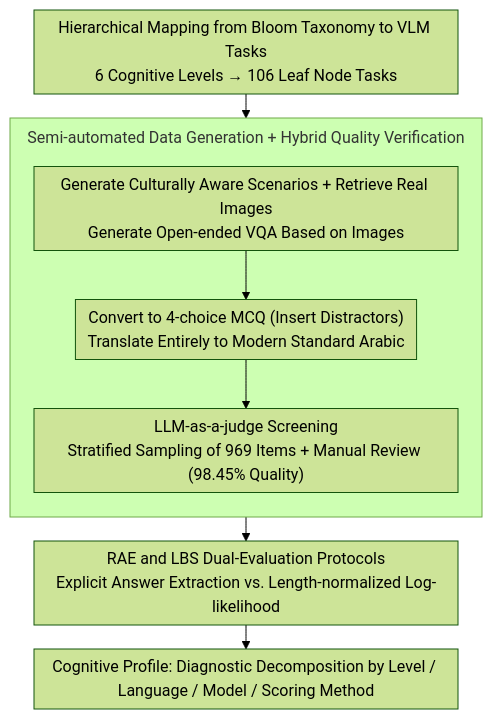
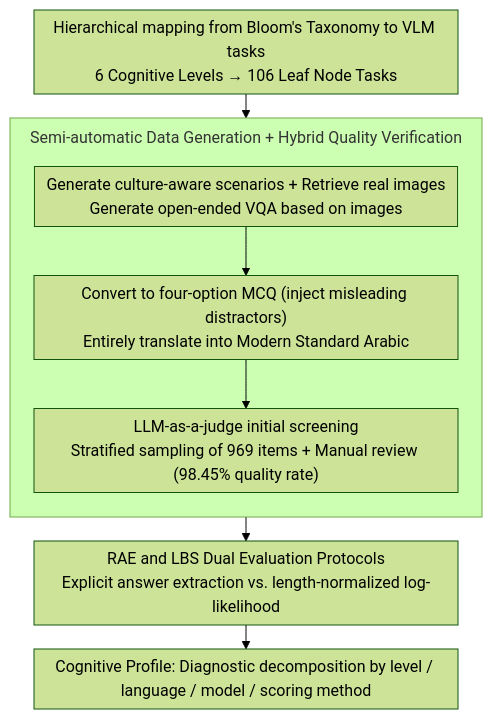
One commit to zhaoyang97/Paper-Notes-en changed the diagram in docs/ACL2026/multimodal_vlm/almieyar-oryx-bloombench_a_bilingual_multimodal_benchmark_for_cognitively_inform.md. Above: the diagram before and after it, drawn with Mermaid (forest theme). The commit also changed other lines of this file and 5084 other files, not shown here.

````diff
--- a/docs/ACL2026/multimodal_vlm/almieyar-oryx-bloombench_a_bilingual_multimodal_benchmark_for_cognitively_inform.md
+++ b/docs/ACL2026/multimodal_vlm/almieyar-oryx-bloombench_a_bilingual_multimodal_benchmark_for_cognitively_inform.md
@@ -45,15 +45,15 @@
 ```mermaid
 %%{init: {'flowchart': {'rankSpacing': 24, 'nodeSpacing': 28, 'padding': 6, 'wrappingWidth': 400, 'subGraphTitleMargin': {'top': 8, 'bottom': 16}}}}%%
 flowchart TD
-    A["Hierarchical Mapping from Bloom Taxonomy to VLM Tasks<br/>6 Cognitive Levels → 106 Leaf Node Tasks"]
-    subgraph GEN["Semi-automated Data Generation + Hybrid Quality Verification"]
+    A["Hierarchical mapping from Bloom's Taxonomy to VLM tasks<br/>6 Cognitive Levels → 106 Leaf Node Tasks"]
+    subgraph GEN["Semi-automatic Data Generation + Hybrid Quality Verification"]
         direction TB
-        B["Generate Culturally Aware Scenarios + Retrieve Real Images<br/>Generate Open-ended VQA Based on Images"]
-        C["Convert to 4-choice MCQ (Insert Distractors)<br/>Translate Entirely to Modern Standard Arabic"]
-        D["LLM-as-a-judge Screening<br/>Stratified Sampling of 969 Items + Manual Review (98.45% Quality)"]
+        B["Generate culture-aware scenarios + Retrieve real images<br/>Generate open-ended VQA based on images"]
+        C["Convert to four-option MCQ (inject misleading distractors)<br/>Entirely translate into Modern Standard Arabic"]
+        D["LLM-as-a-judge initial screening<br/>Stratified sampling of 969 items + Manual review (98.45% quality rate)"]
         B --> C --> D
     end
     A --> GEN
-    GEN --> E["RAE and LBS Dual-Evaluation Protocols<br/>Explicit Answer Extraction vs. Length-normalized Log-likelihood"]
-    E --> F["Cognitive Profile: Diagnostic Decomposition by Level / Language / Model / Scoring Method"]
+    GEN --> E["RAE and LBS Dual Evaluation Protocols<br/>Explicit answer extraction vs. length-normalized log-likelihood"]
+    E --> F["Cognitive Profile: Diagnostic decomposition by level / language / model / scoring method"]
 ```
````
